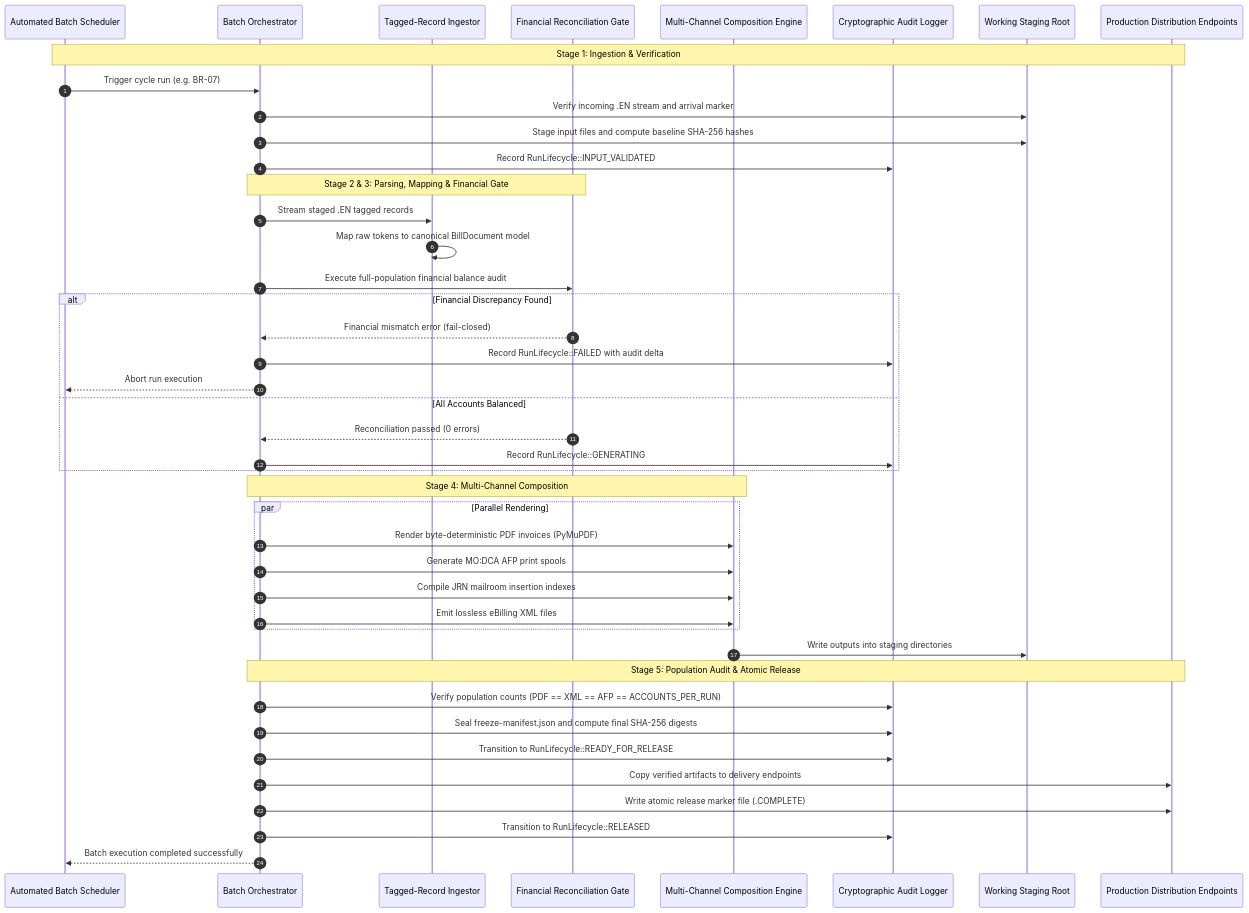
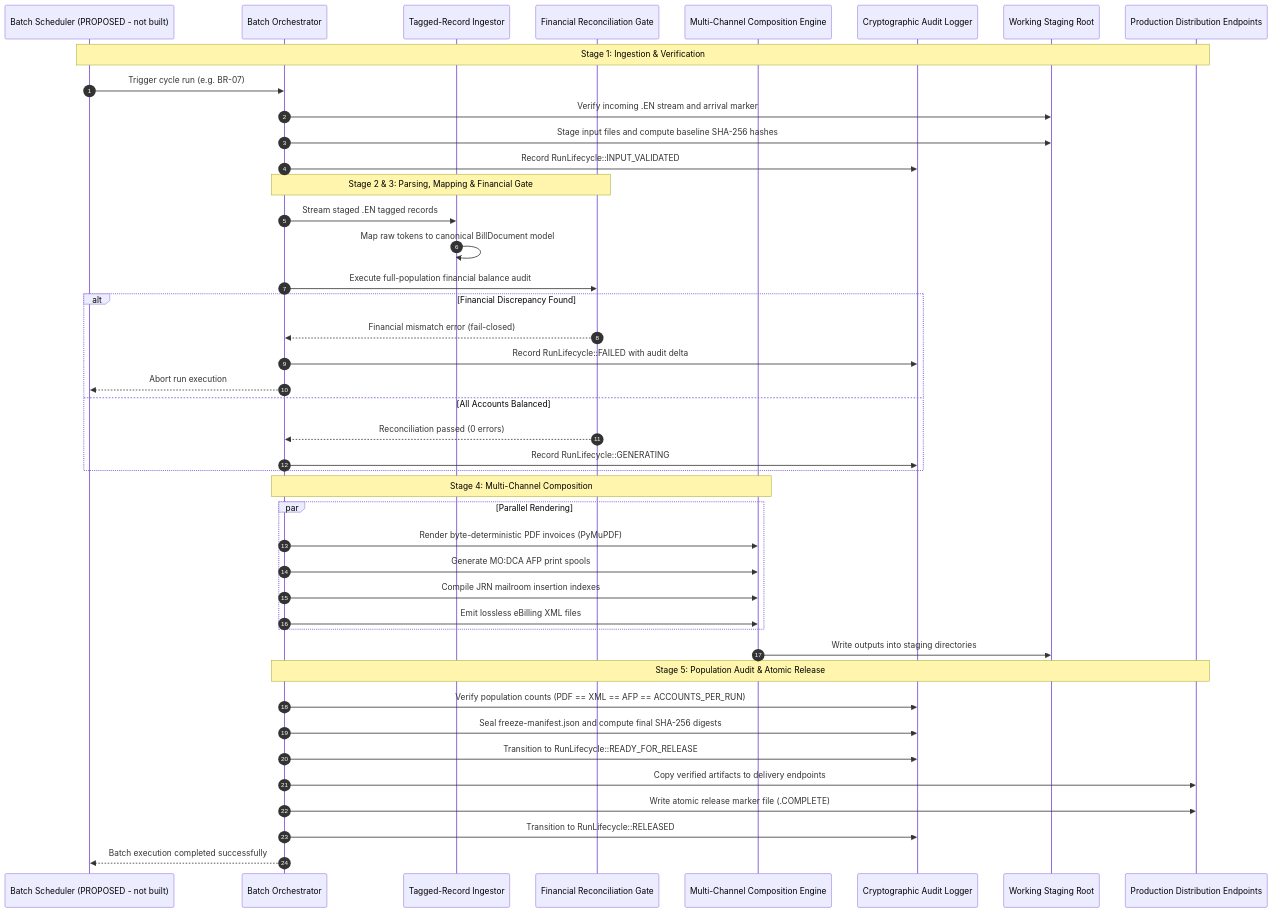
Before and after one commit to saajunaid/caddis-plugin: the second of 4 diagrams in .github/skills/docs/hld/references/gold-standard-hld.md, drawn with Mermaid. The commit also changed 11 other files, not shown here.

Commit message:
gold standard: the batch scheduler is marked PROPOSED, not built

````diff
--- a/.github/skills/docs/hld/references/gold-standard-hld.md
+++ b/.github/skills/docs/hld/references/gold-standard-hld.md
@@ -139,49 +139,49 @@
 ```mermaid
 sequenceDiagram
     autonumber
-    participant Sched as Automated Batch Scheduler
+    participant Sched as Batch Scheduler (PROPOSED - not built)
     participant Orch as Batch Orchestrator
     participant Reader as Tagged-Record Ingestor
     participant Reconcile as Financial Reconciliation Gate
     participant Render as Multi-Channel Composition Engine
     participant Audit as Cryptographic Audit Logger
     participant Storage as Working Staging Root
     participant Targets as Production Distribution Endpoints
 
     Note over Sched,Targets: Stage 1: Ingestion & Verification
     Sched->>Orch: Trigger cycle run (e.g. BR-07)
     Orch->>Storage: Verify incoming .EN stream and arrival marker
     Orch->>Storage: Stage input files and compute baseline SHA-256 hashes
     Orch->>Audit: Record RunLifecycle::INPUT_VALIDATED
 
     Note over Orch,Reconcile: Stage 2 & 3: Parsing, Mapping & Financial Gate
     Orch->>Reader: Stream staged .EN tagged records
     Reader->>Reader: Map raw tokens to canonical BillDocument model
     Orch->>Reconcile: Execute full-population financial balance audit
     alt Financial Discrepancy Found
         Reconcile-->>Orch: Financial mismatch error (fail-closed)
         Orch->>Audit: Record RunLifecycle::FAILED with audit delta
         Orch-->>Sched: Abort run execution
     else All Accounts Balanced
         Reconcile-->>Orch: Reconciliation passed (0 errors)
         Orch->>Audit: Record RunLifecycle::GENERATING
     end
 
     Note over Orch,Render: Stage 4: Multi-Channel Composition
     par Parallel Rendering
         Orch->>Render: Render byte-deterministic PDF invoices (PyMuPDF)
         Orch->>Render: Generate MO:DCA AFP print spools
         Orch->>Render: Compile JRN mailroom insertion indexes
         Orch->>Render: Emit lossless eBilling XML files
     end
     Render->>Storage: Write outputs into staging directories
 
     Note over Orch,Targets: Stage 5: Population Audit & Atomic Release
     Orch->>Audit: Verify population counts (PDF == XML == AFP == ACCOUNTS_PER_RUN)
     Orch->>Audit: Seal freeze-manifest.json and compute final SHA-256 digests
     Orch->>Audit: Transition to RunLifecycle::READY_FOR_RELEASE
     Orch->>Targets: Copy verified artifacts to delivery endpoints
     Orch->>Targets: Write atomic release marker file (.COMPLETE)
     Orch->>Audit: Transition to RunLifecycle::RELEASED
     Orch-->>Sched: Batch execution completed successfully
 ```
````
